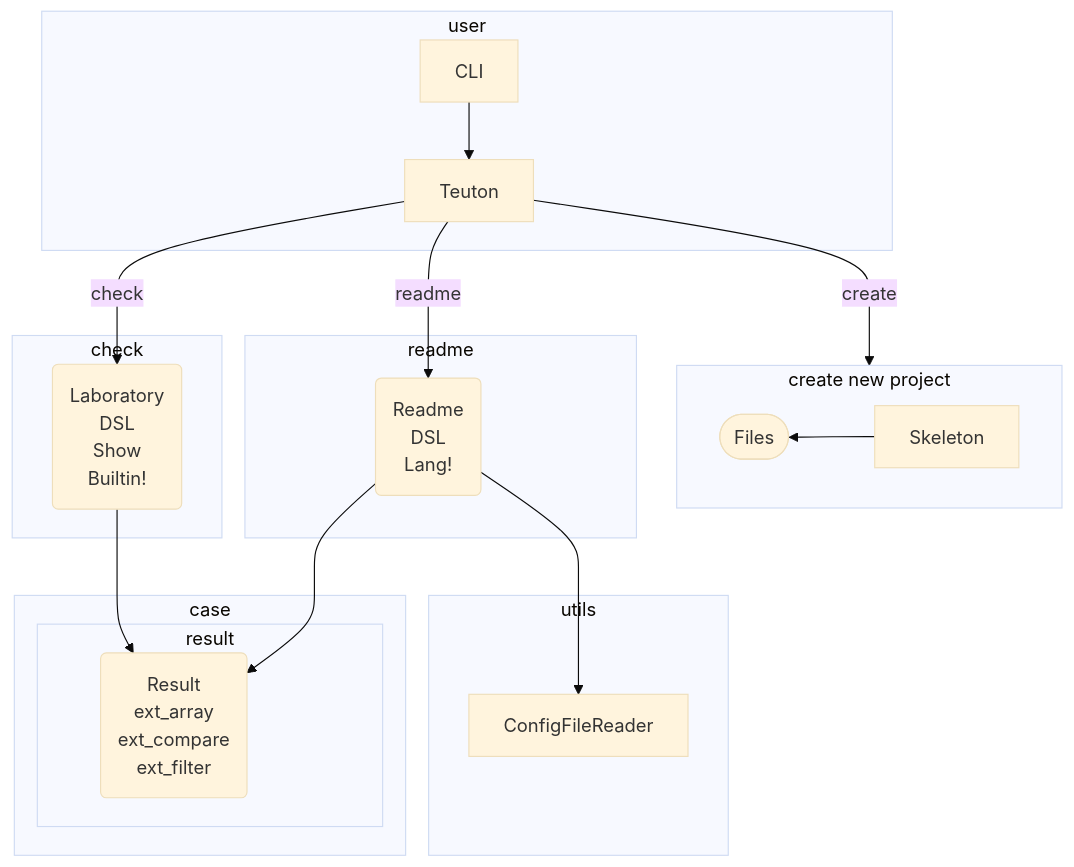
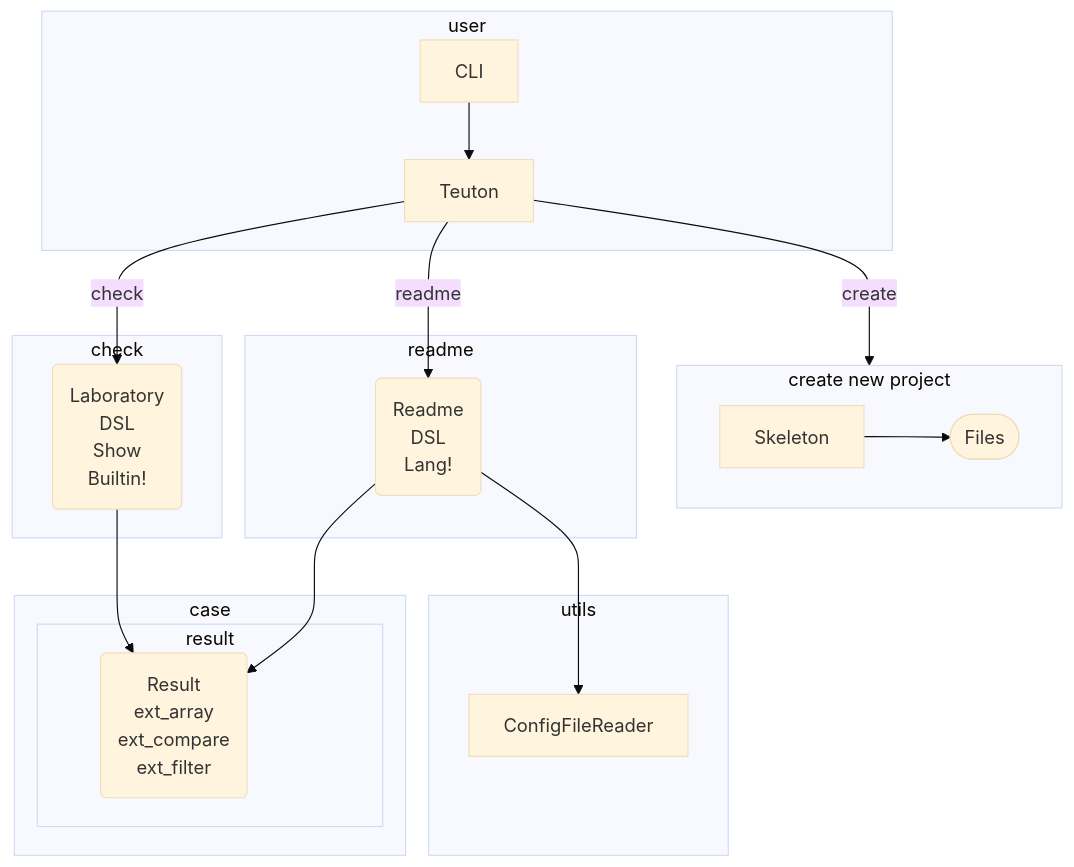
Before and after one commit to teuton-software/teuton: the first of 2 diagrams in docs/diagram.md, drawn with Mermaid (base theme).

````diff
--- a/docs/diagram.md
+++ b/docs/diagram.md
@@ -5,33 +5,33 @@
 ```mermaid
 flowchart TB
 
 subgraph user
   CLI --> Teuton
 end
 
 subgraph "create new project"
-  direction RL
+  direction LR
   Teuton -- create --> Skeleton
   Skeleton --> Files([Files])
 end
 
 subgraph check
   Teuton -- check --> Laboratory("Laboratory\nDSL\nShow\nBuiltin!")
 end
 
 subgraph readme
   Teuton -- readme --> Readme("Readme\nDSL\nLang!")
 end
 
 subgraph case
 
   subgraph result
     Laboratory --> Result
     Readme --> Result("Result\next_array\next_compare\next_filter")
   end
 end
 
 subgraph utils
   Readme --> ConfigFileReader
 end
 ```
````
